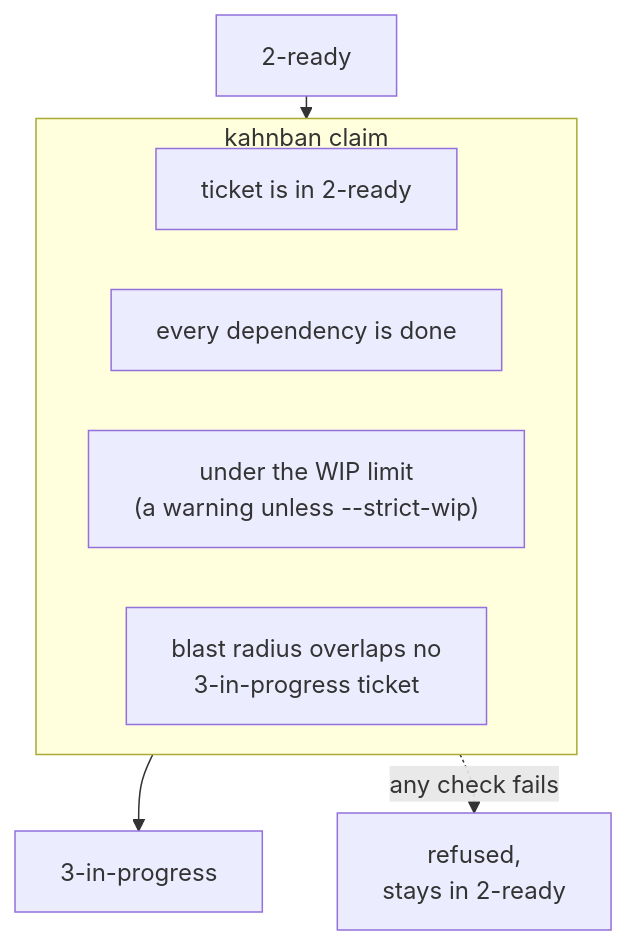
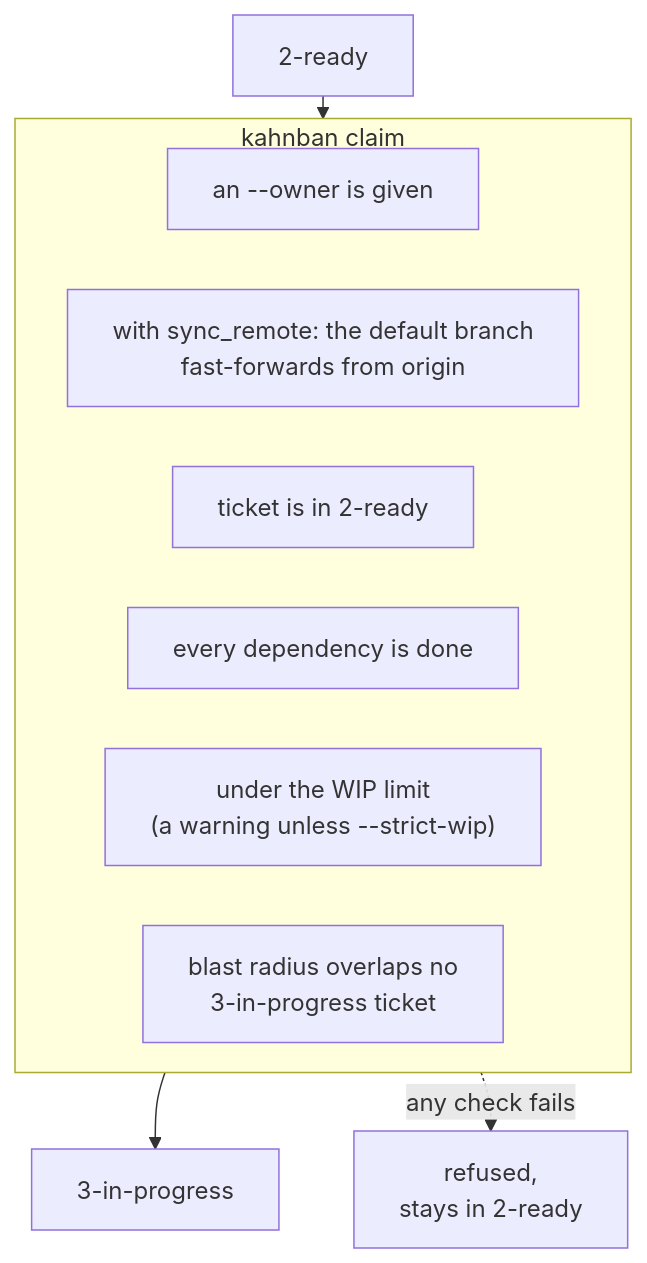
Before and after one commit to HeWhoRoams/Kahnban: the second of 9 diagrams in docs/how-it-works.md, drawn with Mermaid. The commit also changed other lines of this file and 1 other file, not shown here.

First line of the commit message:
docs: make the gate diagrams match the engine

````diff
--- a/docs/how-it-works.md
+++ b/docs/how-it-works.md
@@ -52,21 +53,23 @@
 ```mermaid
 ---
 config:
   flowchart:
     useMaxWidth: false
     rankSpacing: 15
     wrappingWidth: 400
 ---
 flowchart TD
   from["2-ready"] --> gate
   subgraph gate["kahnban claim"]
     direction TB
-    c1["ticket is in 2-ready"]
-    c2["every dependency is done"]
-    c3["under the WIP limit<br/>(a warning unless --strict-wip)"]
-    c4["blast radius overlaps no<br/>3-in-progress ticket"]
-    c1 ~~~ c2 ~~~ c3 ~~~ c4
+    c1["an --owner is given"]
+    c2["with sync_remote: the default branch<br/>fast-forwards from origin"]
+    c3["ticket is in 2-ready"]
+    c4["every dependency is done"]
+    c5["under the WIP limit<br/>(a warning unless --strict-wip)"]
+    c6["blast radius overlaps no<br/>3-in-progress ticket"]
+    c1 ~~~ c2 ~~~ c3 ~~~ c4 ~~~ c5 ~~~ c6
   end
   gate --> to["3-in-progress"]
   gate -.->|any check fails| stay["refused,<br/>stays in 2-ready"]
 ```
````
